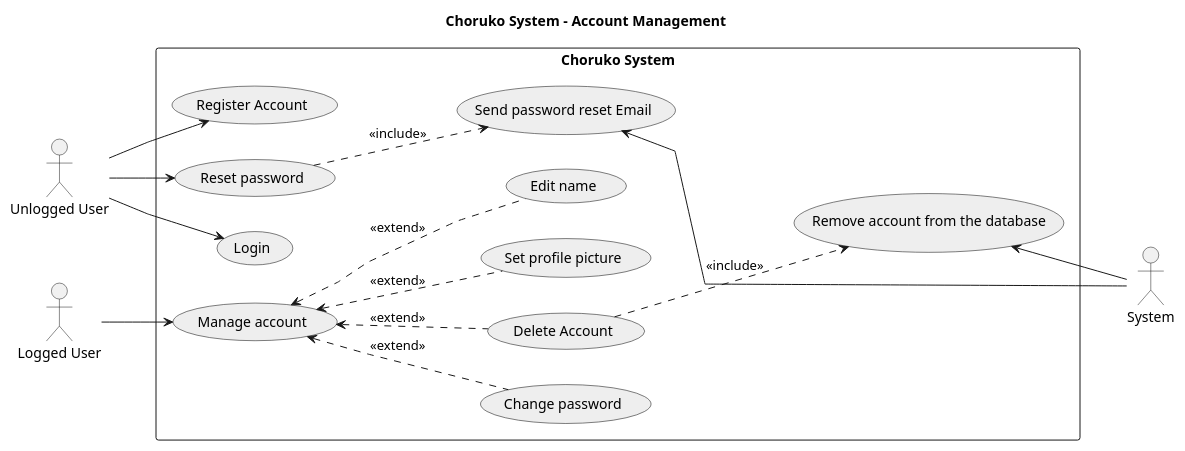
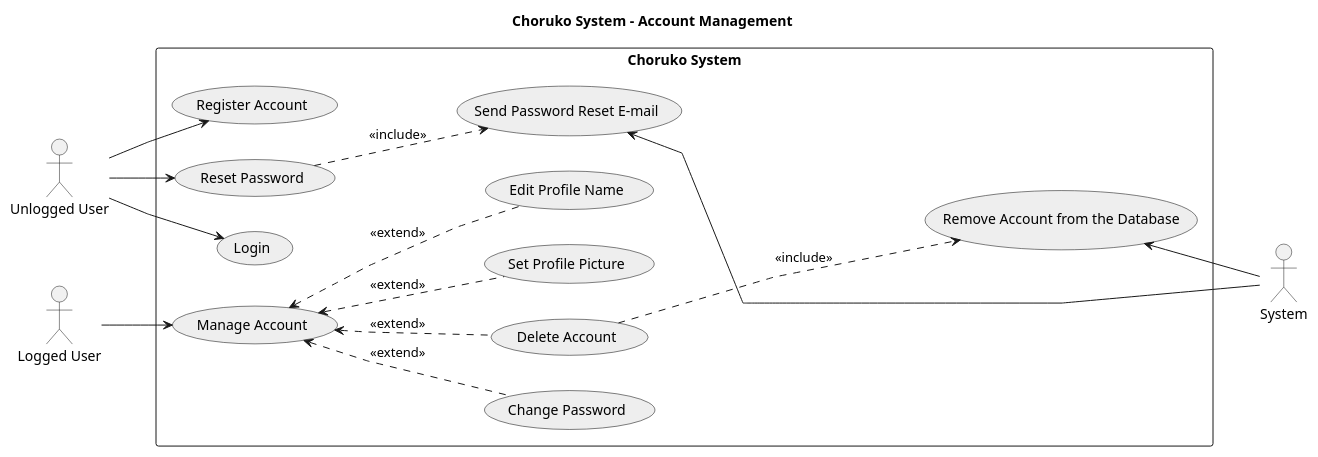
The diagram in docs/UML/use-case-diagrams/account-management-diagram.puml (psampir/choruko), drawn with PlantUML before and after one commit. The commit also changed 1 other file, not shown here.

```diff
--- a/docs/UML/use-case-diagrams/account-management-diagram.puml
+++ b/docs/UML/use-case-diagrams/account-management-diagram.puml
@@ -1,40 +1,40 @@
 @startuml account-management
 
 title Choruko System - Account Management
 skinparam usecaseBorderColor #000000
 skinparam usecaseBackgroundColor #EEEEEE
 skinparam packageStyle rectangle
 skinparam linetype polyline
 left to right direction
 
 :Unlogged User: as u_user
 :Logged User: as l_user
 :System: as system
 
 rectangle "Choruko System" {
   usecase "Login" as UC1
   usecase "Register Account" as UC2
   usecase "Delete Account" as UC3
-  usecase "Manage account" as UC5
-  usecase "Reset password" as UC6
-  usecase "Change password" as UC10
-  usecase "Set profile picture" as UC4
-  usecase "Edit name" as UC9
-  usecase "Send password reset Email" as UC7
-  usecase "Remove account from the database" as UC8
+  usecase "Manage Account" as UC5
+  usecase "Reset Password" as UC6
+  usecase "Change Password" as UC10
+  usecase "Set Profile Picture" as UC4
+  usecase "Edit Profile Name" as UC9
+  usecase "Send Password Reset E-mail" as UC7
+  usecase "Remove Account from the Database" as UC8
 }
 
 u_user --> UC1
 u_user --> UC2
 u_user --> UC6
 l_user --> UC5
 UC5 <.. UC3 : <<extend>>
 UC5 <.. UC10 : <<extend>>
 UC5 <.. UC4 : <<extend>>
 UC5 <.. UC9 : <<extend>>
 UC6 ..> UC7 : <<include>>
-UC3 ..> UC8 : <<include>>
+UC3 ....> UC8 : <<include>>
 UC7 <-- system 
 UC8 <-- system
 
 @enduml
```
